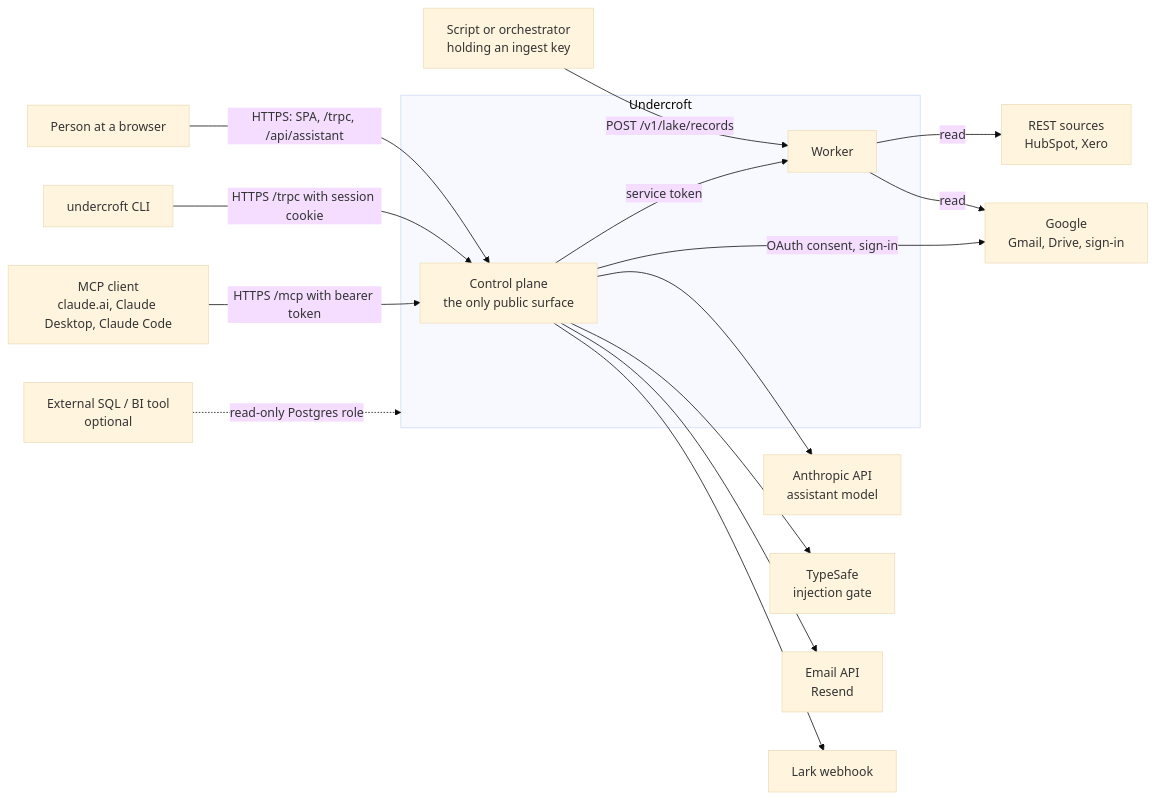
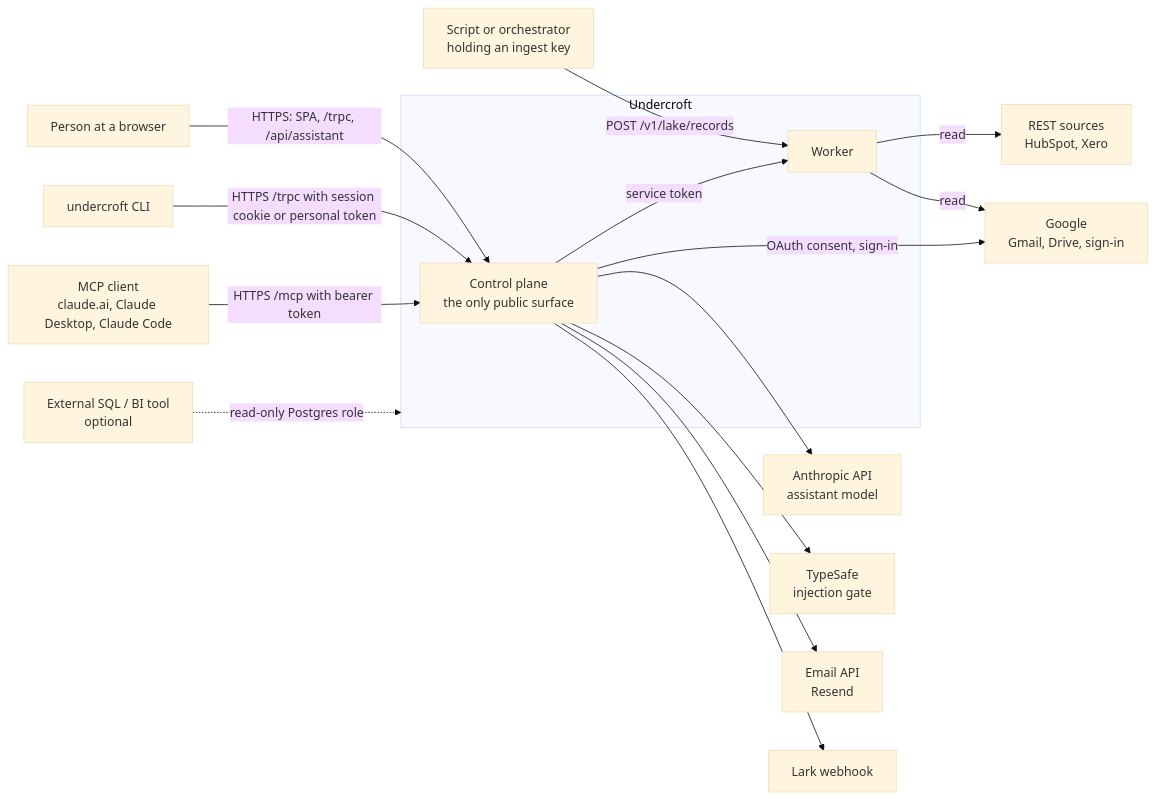
One commit to muitneliss/undercroft changed the second of 15 diagrams in docs/architecture.md. Above: the diagram before and after it, drawn with Mermaid (base theme). The commit also changed other lines of this file and 32 other files, not shown here.

First line of the commit message:
feat(cli): sign in with a personal access token for unattended runs (ADR 0134) (#472)

````diff
--- a/docs/architecture.md
+++ b/docs/architecture.md
@@ -82,34 +82,34 @@
 ```mermaid
 flowchart LR
     person["Person at a browser"]
     cli["undercroft CLI"]
     agent["MCP client<br/>claude.ai, Claude Desktop, Claude Code"]
     script["Script or orchestrator<br/>holding an ingest key"]
 
     subgraph undercroft["Undercroft"]
         cp["Control plane<br/>the only public surface"]
         worker["Worker"]
     end
 
     rest["REST sources<br/>HubSpot, Xero"]
     google["Google<br/>Gmail, Drive, sign-in"]
     anthropic["Anthropic API<br/>assistant model"]
     typesafe["TypeSafe<br/>injection gate"]
     mail["Email API<br/>Resend"]
     lark["Lark webhook"]
     bi["External SQL / BI tool<br/>optional"]
 
     person -->|"HTTPS: SPA, /trpc, /api/assistant"| cp
-    cli -->|"HTTPS /trpc with session cookie"| cp
+    cli -->|"HTTPS /trpc with session cookie or personal token"| cp
     agent -->|"HTTPS /mcp with bearer token"| cp
     script -->|"POST /v1/lake/records"| worker
     cp -->|"service token"| worker
     worker -->|"read"| rest
     worker -->|"read"| google
     cp -->|"OAuth consent, sign-in"| google
     cp --> anthropic
     cp --> typesafe
     cp --> mail
     cp --> lark
     bi -.->|"read-only Postgres role"| undercroft
 ```
````
